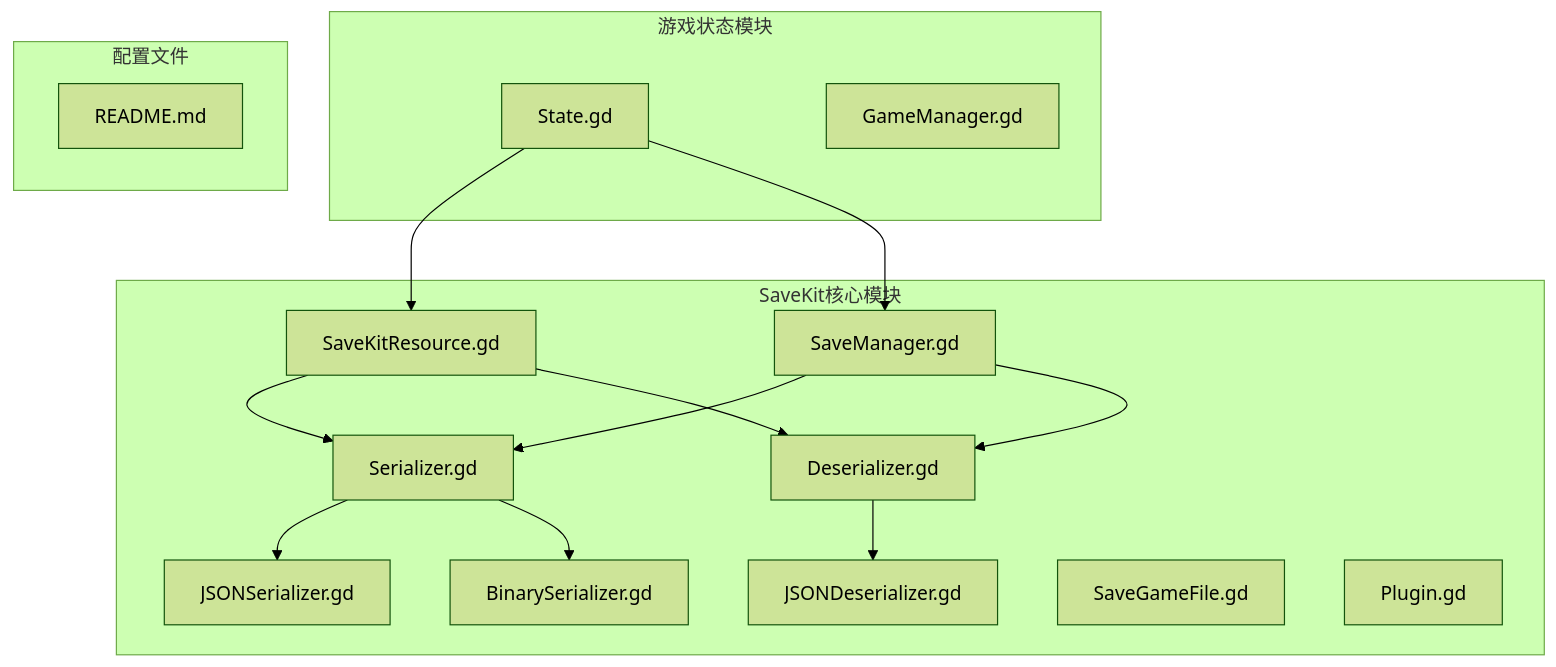
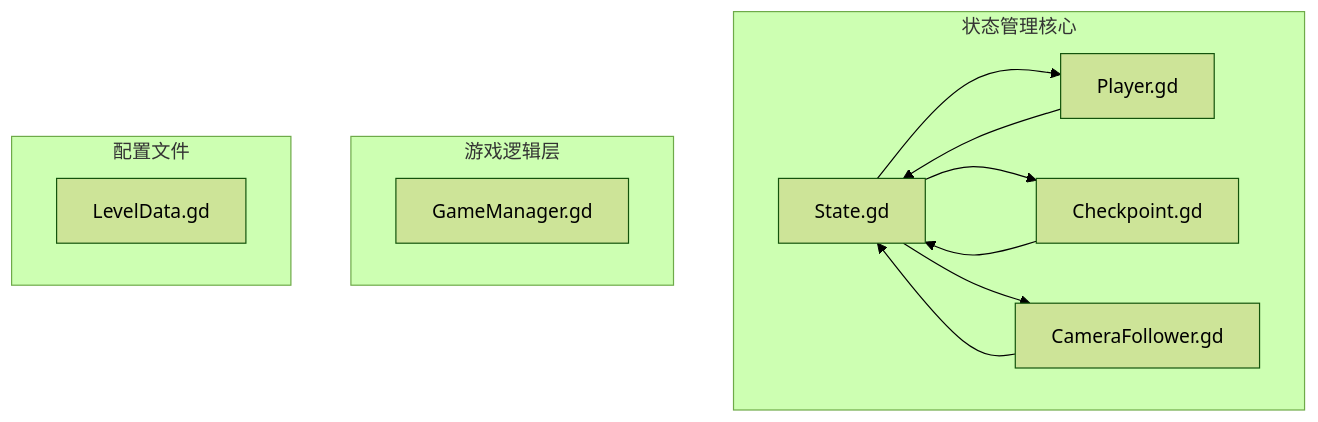
The first of 11 diagrams in .qoder/repowiki/zh/content/API参考/核心类API/状态管理系统.md (godotline/godot-line), drawn with Mermaid (forest theme) before and after one commit. The commit also changed other lines of this file and 34 other files, not shown here.

First line of the commit message:
refactor(Level): 重构状态管理模块，统一状态访问为LevelManager

````diff
--- a/.qoder/repowiki/zh/content/API参考/核心类API/状态管理系统.md
+++ b/.qoder/repowiki/zh/content/API参考/核心类API/状态管理系统.md
@@ -46,30 +47,21 @@
 ```mermaid
 graph TB
-subgraph "SaveKit核心模块"
-SM[SaveManager.gd]
-SER[Serializer.gd]
-DES[Deserializer.gd]
-JSER[JSONSerializer.gd]
-JDES[JSONDeserializer.gd]
-BSER[BinarySerializer.gd]
-RES[SaveKitResource.gd]
-SFILE[SaveGameFile.gd]
-PLG[Plugin.gd]
+subgraph "状态管理核心"
+STATE[State.gd]
+PLAYER[Player.gd]
+CHECKPOINT[Checkpoint.gd]
+CAMERA[CameraFollower.gd]
 end
-subgraph "游戏状态模块"
-STATE[State.gd]
-GM[GameManager.gd]
+subgraph "游戏逻辑层"
+GAME[GameManager.gd]
 end
 subgraph "配置文件"
-README[README.md]
+CONFIG[LevelData.gd]
 end
-SM --> SER
-SM --> DES
-SER --> JSER
-SER --> BSER
-DES --> JDES
-RES --> SER
-RES --> DES
-STATE --> RES
-STATE --> SM
+STATE --> PLAYER
+STATE --> CHECKPOINT
+STATE --> CAMERA
+PLAYER --> STATE
+CHECKPOINT --> STATE
+CAMERA --> STATE
 ```
````
